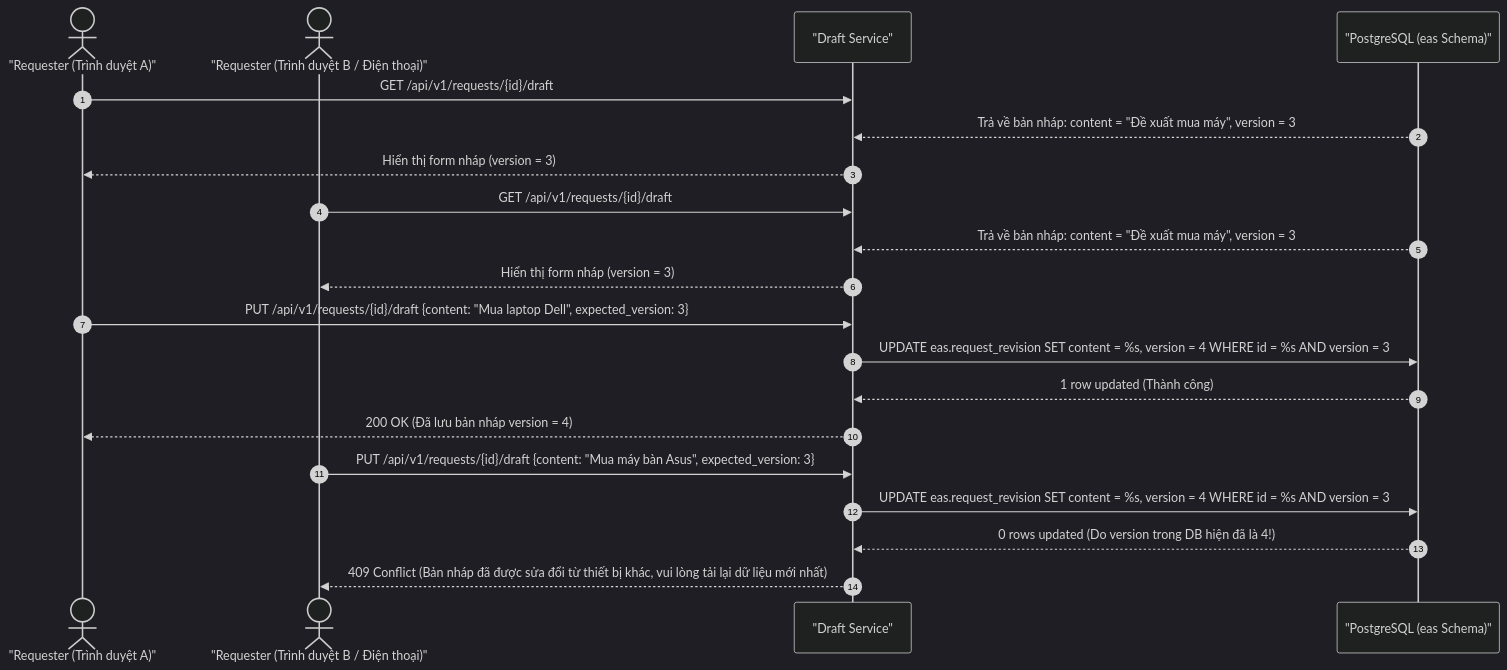
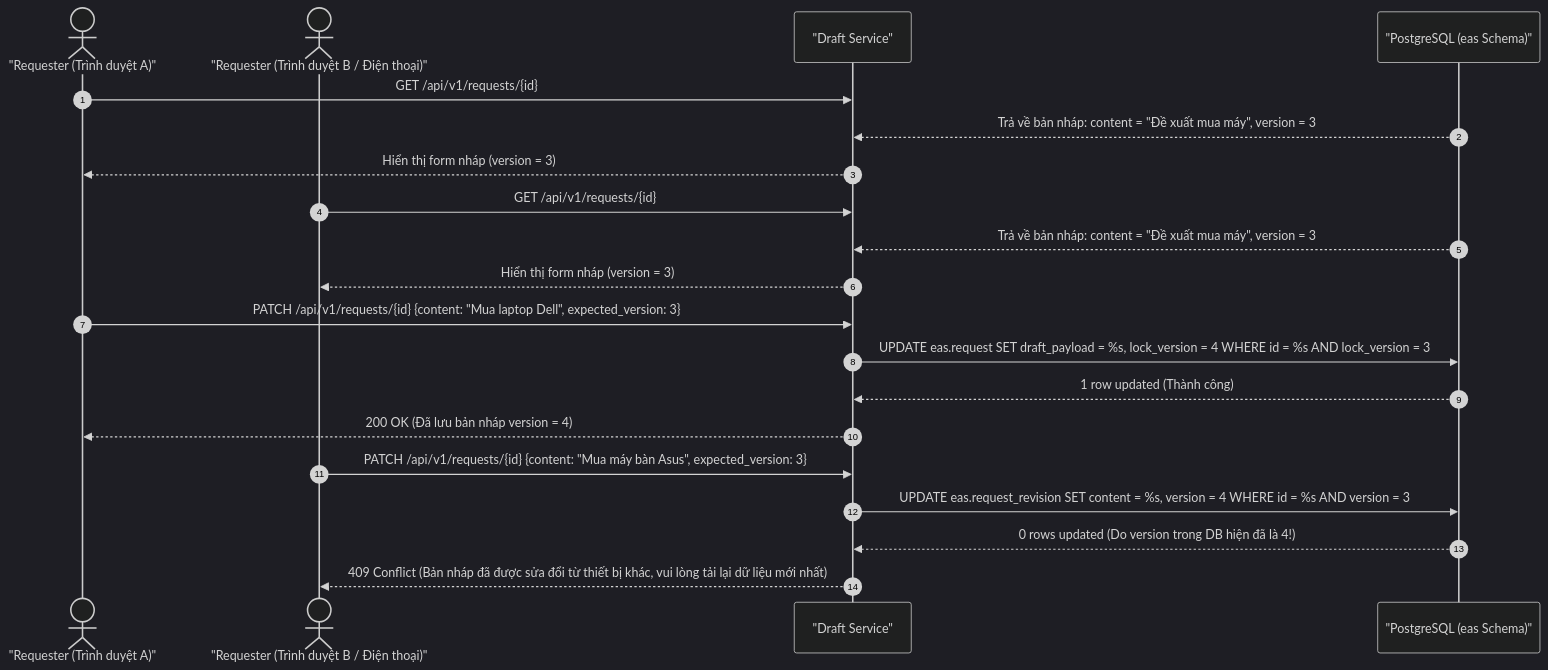
One commit to PhanQuangHuy2310/DATN changed diagram 17 of 22 in workspace/analysis_design/04_SO_DO_SEQUENCE.md. Above: the diagram before and after it, drawn with Mermaid (dark theme). The commit also changed other lines of this file and 176 other files, not shown here.

First line of the commit message:
feat: external systems via API, schema v2, security fixes and E2E-verified UI

````diff
--- a/workspace/analysis_design/04_SO_DO_SEQUENCE.md
+++ b/workspace/analysis_design/04_SO_DO_SEQUENCE.md
@@ -636,26 +636,26 @@
 ```mermaid
 sequenceDiagram
     autonumber
     actor User as "Requester (Trình duyệt A)"
     actor UserB as "Requester (Trình duyệt B / Điện thoại)"
     participant Core as "Draft Service"
     participant DB as "PostgreSQL (eas Schema)"
 
-    User->>Core: GET /api/v1/requests/{id}/draft
+    User->>Core: GET /api/v1/requests/{id}
     DB-->>Core: Trả về bản nháp: content = "Đề xuất mua máy", version = 3
     Core-->>User: Hiển thị form nháp (version = 3)
 
-    UserB->>Core: GET /api/v1/requests/{id}/draft
+    UserB->>Core: GET /api/v1/requests/{id}
     DB-->>Core: Trả về bản nháp: content = "Đề xuất mua máy", version = 3
     Core-->>UserB: Hiển thị form nháp (version = 3)
 
-    User->>Core: PUT /api/v1/requests/{id}/draft {content: "Mua laptop Dell", expected_version: 3}
-    Core->>DB: UPDATE eas.request_revision SET content = %s, version = 4 WHERE id = %s AND version = 3
+    User->>Core: PATCH /api/v1/requests/{id} {content: "Mua laptop Dell", expected_version: 3}
+    Core->>DB: UPDATE eas.request SET draft_payload = %s, lock_version = 4 WHERE id = %s AND lock_version = 3
     DB-->>Core: 1 row updated (Thành công)
     Core-->>User: 200 OK (Đã lưu bản nháp version = 4)
 
-    UserB->>Core: PUT /api/v1/requests/{id}/draft {content: "Mua máy bàn Asus", expected_version: 3}
+    UserB->>Core: PATCH /api/v1/requests/{id} {content: "Mua máy bàn Asus", expected_version: 3}
     Core->>DB: UPDATE eas.request_revision SET content = %s, version = 4 WHERE id = %s AND version = 3
     DB-->>Core: 0 rows updated (Do version trong DB hiện đã là 4!)
     Core-->>UserB: 409 Conflict (Bản nháp đã được sửa đổi từ thiết bị khác, vui lòng tải lại dữ liệu mới nhất)
 ```
````
